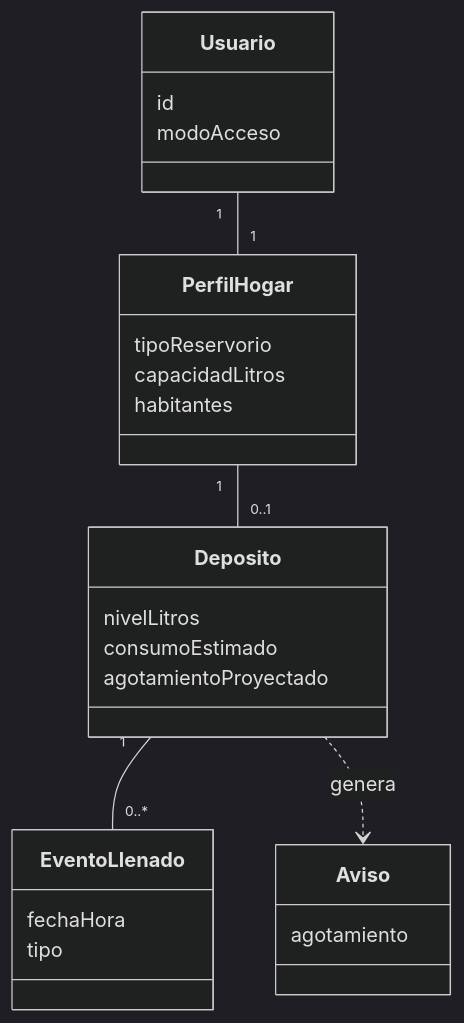
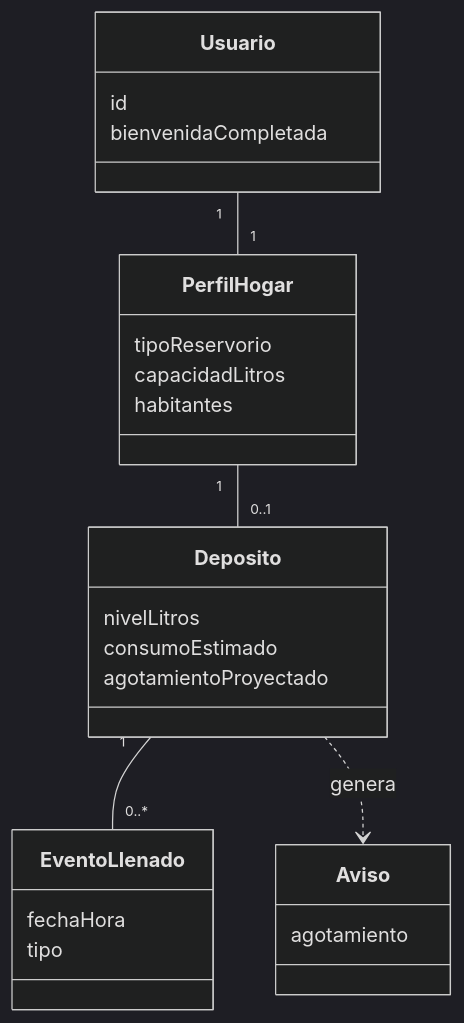
One commit to IkerASierraR/AguardApp changed the fifth of 5 diagrams in Readme.md. Above: the diagram before and after it, drawn with Mermaid (dark theme). The commit also changed other lines of this file and 49 other files, not shown here.

````diff
--- a/Readme.md
+++ b/Readme.md
@@ -256,29 +242,29 @@
 ```mermaid
 classDiagram
     class Usuario {
         id
-        modoAcceso
+        bienvenidaCompletada
     }
     class PerfilHogar {
         tipoReservorio
         capacidadLitros
         habitantes
     }
     class Deposito {
         nivelLitros
         consumoEstimado
         agotamientoProyectado
     }
     class EventoLlenado {
         fechaHora
         tipo
     }
     class Aviso {
         agotamiento
     }
 
     Usuario "1" -- "1" PerfilHogar
     PerfilHogar "1" -- "0..1" Deposito
     Deposito "1" -- "0..*" EventoLlenado
     Deposito ..> Aviso : genera
 ```
````
